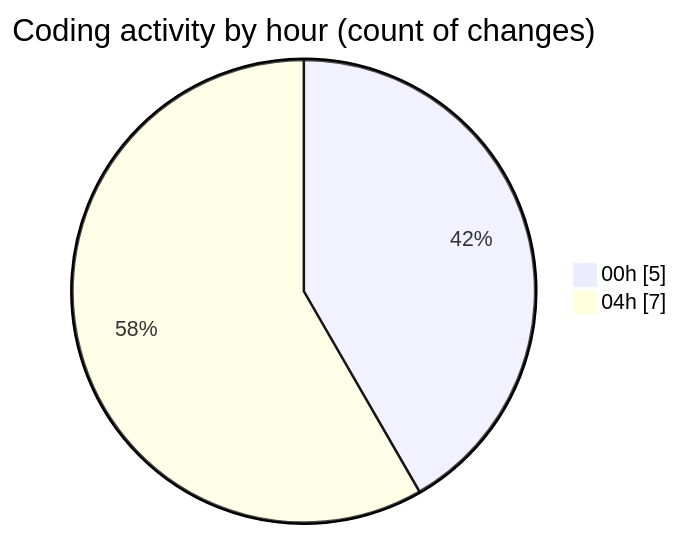
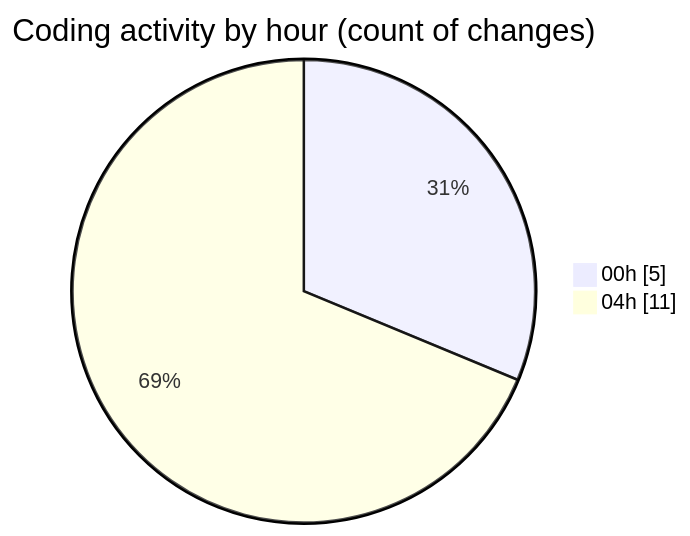
Before and after one commit to idhammustaqopulfikri/code-tracking: the second of 2 diagrams in 2025-03-28/autodidak/README.md, drawn with Mermaid. The commit also changed other lines of this file and 1 other file, not shown here.

````diff
--- a/2025-03-28/autodidak/README.md
+++ b/2025-03-28/autodidak/README.md
@@ -32,6 +32,6 @@
 ```mermaid
 pie showData
 title Coding activity by hour (count of changes)
 "00h" : 5
-"04h" : 7
+"04h" : 11
 ```
````
